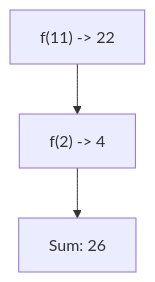
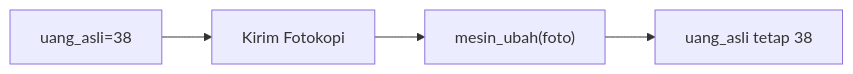
Before and after one commit to amnahwaida/OSNK_INF_PREP: diagram 12 of 25 in part-c-pemahaman-cpp/04-fungsi/latihan/set-01.md, drawn with Mermaid. The commit also changed other lines of this file and 71 other files, not shown here.

````diff
--- a/part-c-pemahaman-cpp/04-fungsi/latihan/set-01.md
+++ b/part-c-pemahaman-cpp/04-fungsi/latihan/set-01.md
@@ -312,5 +329,6 @@
 ```mermaid
-graph TD
-A["f(11) -> 22"] --> B["f(2) -> 4"]
-B --> C["Sum: 26"]
+graph LR
+A["uang_asli=38"] --> B["Kirim Fotokopi"]
+B --> C["mesin_ubah(foto)"]
+C --> D["uang_asli tetap 38"]
 ```
````
